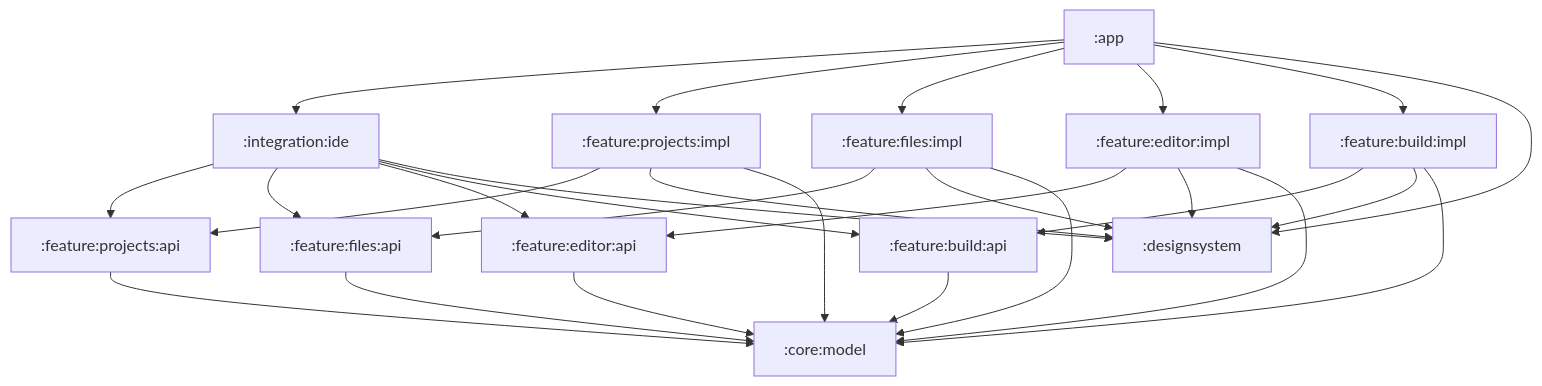
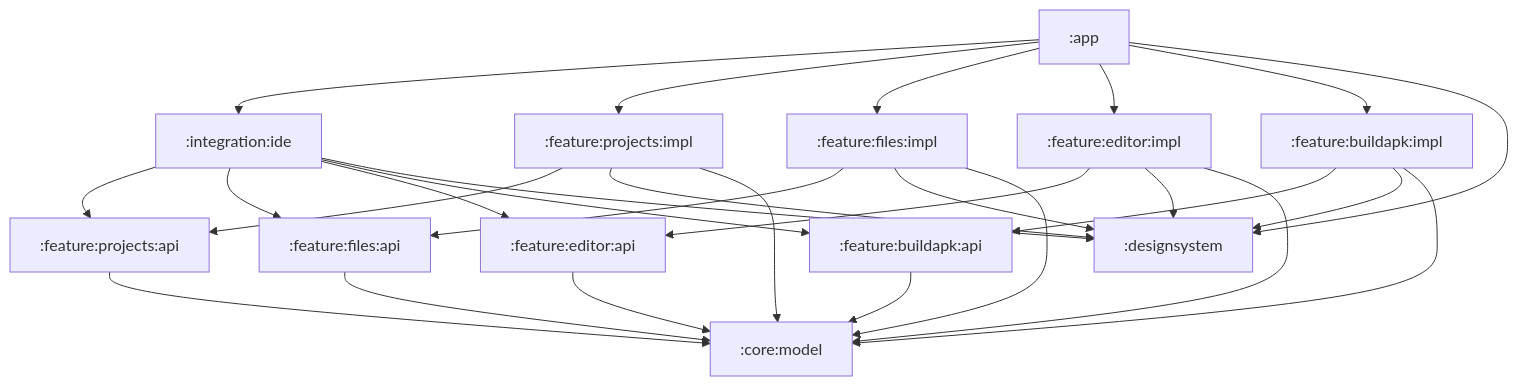
One commit to Al-Qassim/Android-Studio-Lite changed the first of 5 diagrams in project/architecture.md. Above: the diagram before and after it, drawn with Mermaid. The commit also changed other lines of this file and 15 other files, not shown here.

First line of the commit message:
Rename :feature:build to :feature:buildapk.

````diff
--- a/project/architecture.md
+++ b/project/architecture.md
@@ -99,50 +99,50 @@
 ```mermaid
 flowchart TB
   app[":app"]
   ide[":integration:ide"]
   ds[":designsystem"]
   core[":core:model"]
 
   pApi[":feature:projects:api"]
   pImpl[":feature:projects:impl"]
   fApi[":feature:files:api"]
   fImpl[":feature:files:impl"]
   eApi[":feature:editor:api"]
   eImpl[":feature:editor:impl"]
-  bApi[":feature:build:api"]
-  bImpl[":feature:build:impl"]
+  bApi[":feature:buildapk:api"]
+  bImpl[":feature:buildapk:impl"]
 
   app --> ide
   app --> pImpl
   app --> fImpl
   app --> eImpl
   app --> bImpl
   app --> ds
 
   ide --> pApi
   ide --> fApi
   ide --> eApi
   ide --> bApi
   ide --> ds
 
   pImpl --> pApi
   pImpl --> ds
   pImpl --> core
 
   fImpl --> fApi
   fImpl --> ds
   fImpl --> core
 
   eImpl --> eApi
   eImpl --> ds
   eImpl --> core
 
   bImpl --> bApi
   bImpl --> ds
   bImpl --> core
 
   pApi --> core
   fApi --> core
   eApi --> core
   bApi --> core
 ```
````
